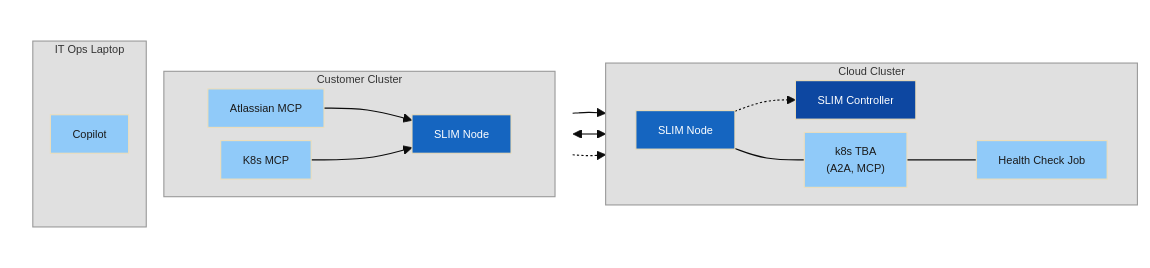
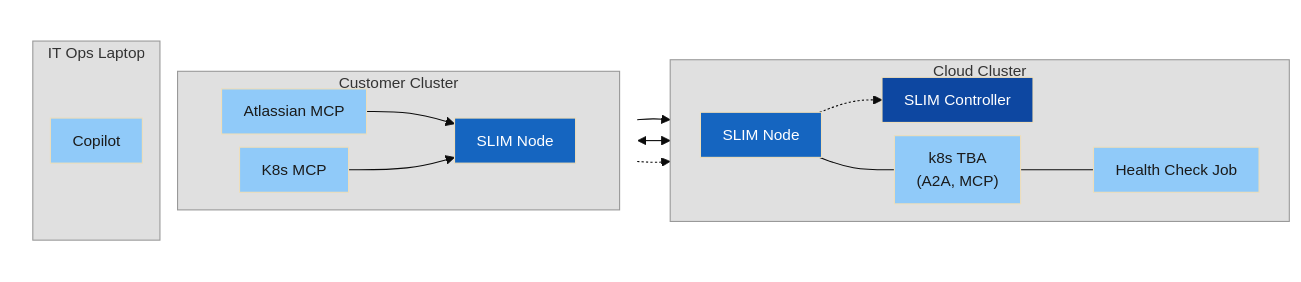
Before and after one commit to agntcy/blogs: the sixth of 7 diagrams in presentations/slim-multicluster-demo/slim-multicluster-demo.md, drawn with Mermaid. The commit also changed other lines of this file, not shown here.

````diff
--- a/presentations/slim-multicluster-demo/slim-multicluster-demo.md
+++ b/presentations/slim-multicluster-demo/slim-multicluster-demo.md
@@ -300,43 +305,43 @@
 ```mermaid
-%%{init: {'theme': 'base', 'themeVariables': {'fontSize': '10px'}, 'flowchart': {'nodeSpacing': 12, 'rankSpacing': 30, 'padding': 10}}}%%
+%%{init: {'theme': 'base', 'themeVariables': {'fontSize': '14px'}, 'flowchart': {'nodeSpacing': 12, 'rankSpacing': 30, 'padding': 10}}}%%
 graph LR
     subgraph Left[" "]
         direction TB
         subgraph Customer[Customer Cluster]
             direction LR
             AMCP[Atlassian MCP] --> CSN[SLIM Node]
             KMCP[K8s MCP] --> CSN
         end
         subgraph Laptop[IT Ops Laptop]
             Copilot[Copilot]
         end
     end
 
     subgraph Cloud[Cloud Cluster]
         direction LR
         SN[SLIM Node]
         SC[SLIM Controller]
         HCJ[Health Check Job]
         K8S["k8s TBA\n(A2A, MCP)"]
         SN -.-> SC
         SN --- K8S
         K8S --- HCJ
     end
 
     Copilot --> SN
     CSN <--> SN
     CSN -.-> SC
 
     style Left fill:none,stroke:none
     style Customer fill:#e0e0e0,stroke:#999,color:#333
     style Cloud fill:#e0e0e0,stroke:#999,color:#333
     style Laptop fill:#e0e0e0,stroke:#999,color:#333
     style SC fill:#0D47A1,color:#fff
     style SN fill:#1565C0,color:#fff
     style CSN fill:#1565C0,color:#fff
     style AMCP fill:#90CAF9,color:#1a1a1a
     style KMCP fill:#90CAF9,color:#1a1a1a
     style K8S fill:#90CAF9,color:#1a1a1a
     style HCJ fill:#90CAF9,color:#1a1a1a
     style Copilot fill:#90CAF9,color:#1a1a1a
 ```
````
